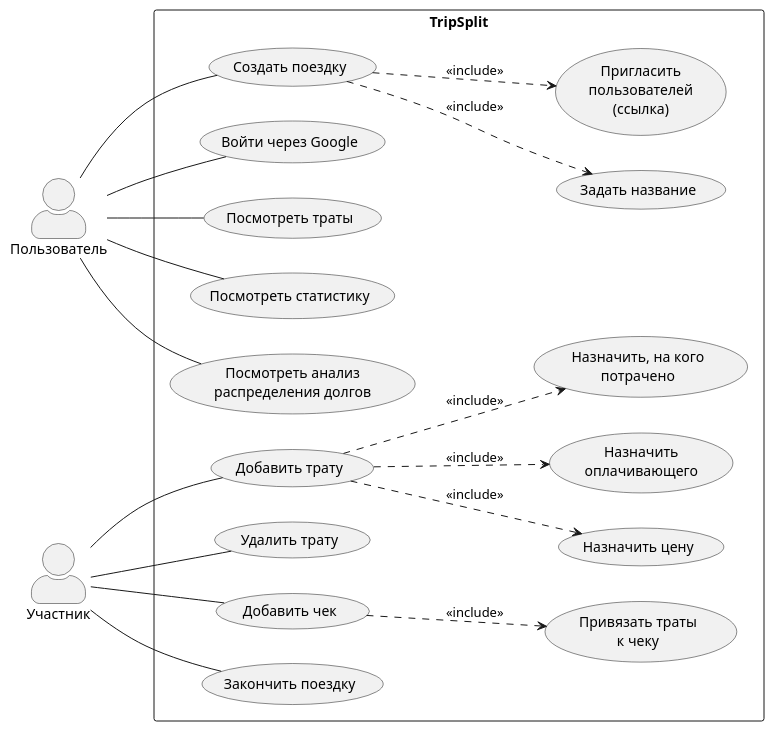
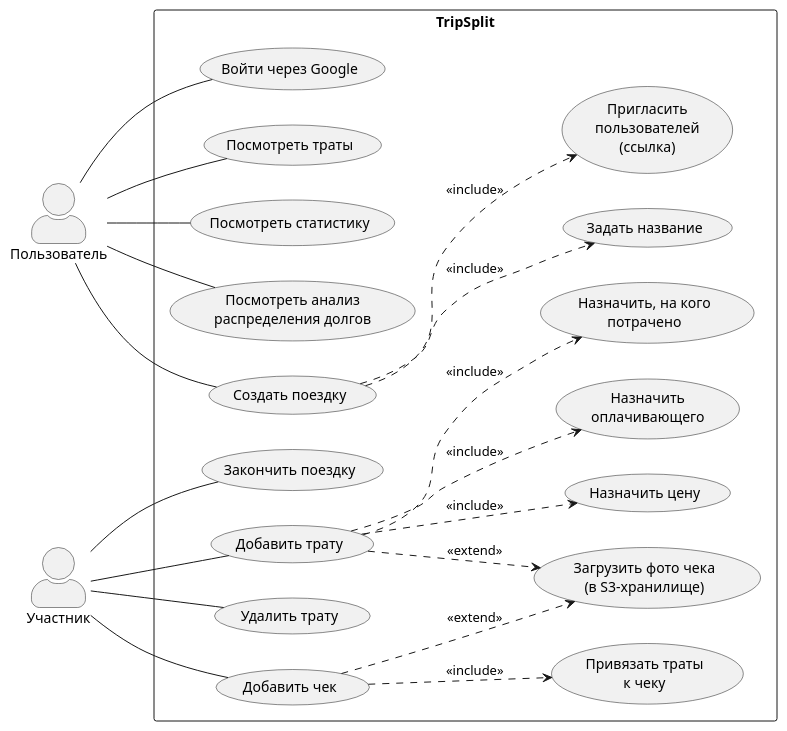
The diagram in img/Use-case/Use-Case.puml (SashaKoretski/TripSplit), drawn with PlantUML before and after one commit. The commit also changed 54 other files, not shown here.

```diff
--- a/img/Use-case/Use-Case.puml
+++ b/img/Use-case/Use-Case.puml
@@ -1,50 +1,53 @@
 @startuml UseCase
 left to right direction
 skinparam packageStyle rectangle
 skinparam actorStyle awesome
 
 actor "Пользователь" as U
 actor "Участник" as P
 
 rectangle "TripSplit" {
     ' Пользователь
     usecase "Создать поездку" as UC_Create
     usecase "Задать название" as UC_Name
     usecase "Пригласить\nпользователей\n(ссылка)" as UC_Invite
     usecase "Войти через Google" as UC_Login
     usecase "Посмотреть траты" as UC_ViewExp
     usecase "Посмотреть статистику" as UC_Stats
     usecase "Посмотреть анализ\nраспределения долгов" as UC_Debts
 
     ' Участник
     usecase "Добавить трату" as UC_AddExp
     usecase "Назначить цену" as UC_Price
     usecase "Назначить\nоплачивающего" as UC_Payer
     usecase "Назначить, на кого\nпотрачено" as UC_Consumer
     usecase "Удалить трату" as UC_DelExp
     usecase "Добавить чек" as UC_AddRcp
+    usecase "Загрузить фото чека\n(в S3-хранилище)" as UC_UploadImg
     usecase "Привязать траты\nк чеку" as UC_LinkRcp
     usecase "Закончить поездку" as UC_Finish
 
     ' Include-связи
-    UC_Create ..> UC_Name    : <<include>>
-    UC_Create ..> UC_Invite  : <<include>>
-    UC_AddExp ..> UC_Price   : <<include>>
-    UC_AddExp ..> UC_Payer   : <<include>>
-    UC_AddExp ..> UC_Consumer: <<include>>
-    UC_AddRcp ..> UC_LinkRcp : <<include>>
+    UC_Create ..> UC_Name      : <<include>>
+    UC_Create ..> UC_Invite    : <<include>>
+    UC_AddExp ..> UC_Price     : <<include>>
+    UC_AddExp ..> UC_Payer     : <<include>>
+    UC_AddExp ..> UC_Consumer  : <<include>>
+    UC_AddRcp ..> UC_LinkRcp   : <<include>>
+    UC_AddRcp ..> UC_UploadImg : <<extend>>
+    UC_AddExp ..> UC_UploadImg : <<extend>>
 }
 
 ' Актор → варианты использования
 U -- UC_Login
 U -- UC_Create
 U -- UC_ViewExp
 U -- UC_Stats
 U -- UC_Debts
 
 P -- UC_AddExp
 P -- UC_DelExp
 P -- UC_AddRcp
 P -- UC_Finish
 
 @enduml
```
